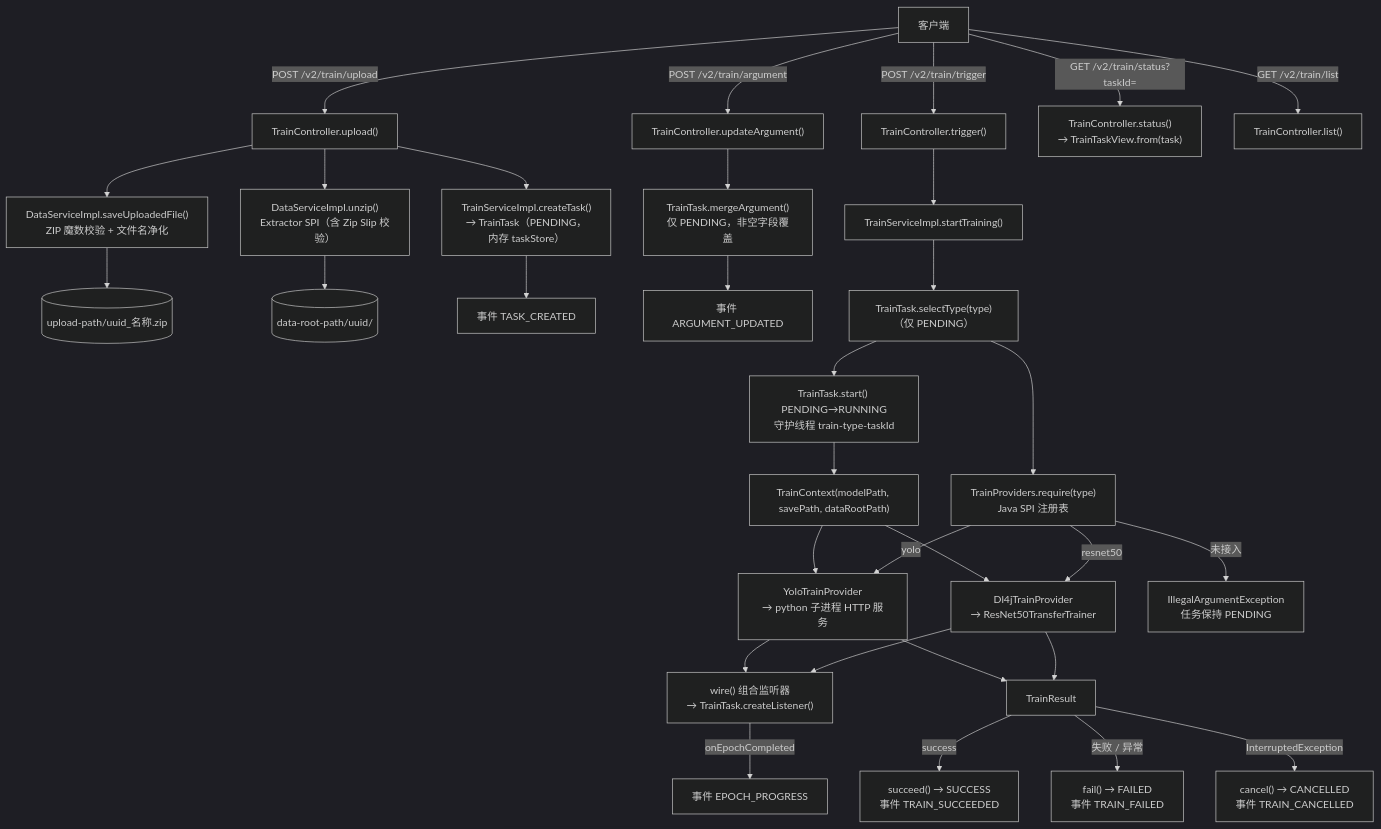
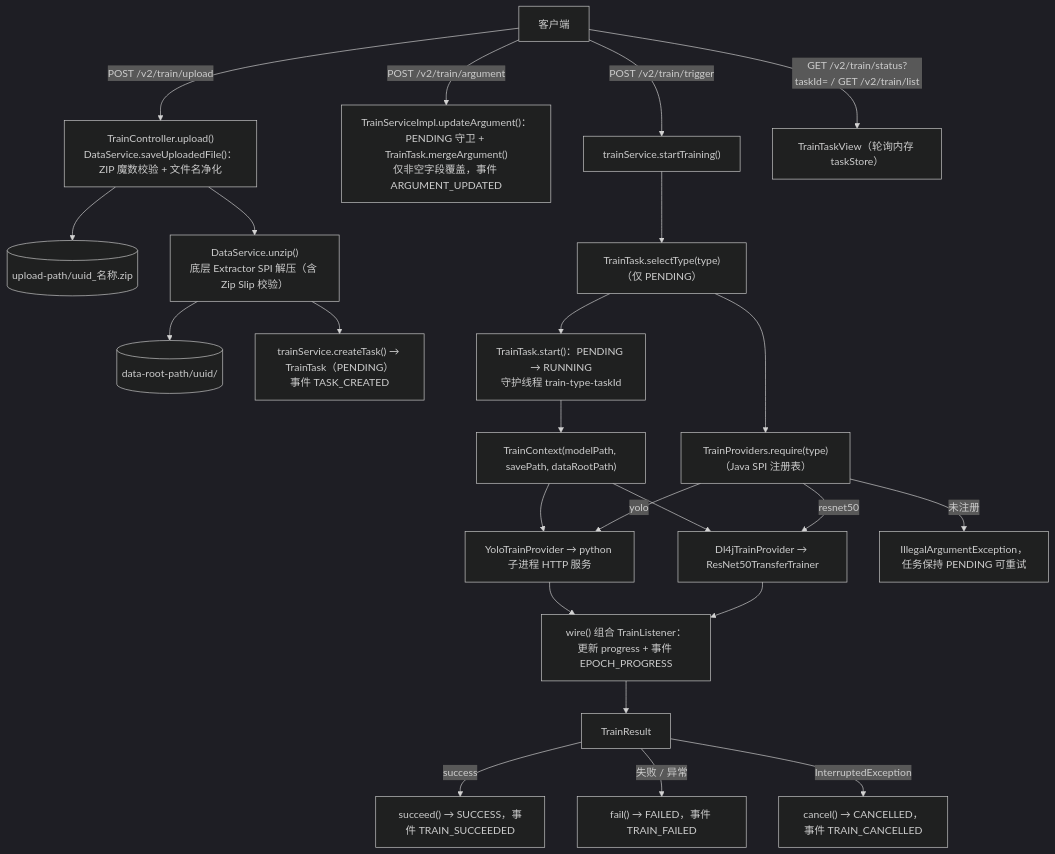
The second of 2 diagrams in spring-support-ai-training-starter/README.md (CHTK001/spring-support-parent-starter), drawn with Mermaid (dark theme) before and after one commit. The commit also changed other lines of this file and 54 other files, not shown here.

````diff
--- a/spring-support-ai-training-starter/README.md
+++ b/spring-support-ai-training-starter/README.md
@@ -65,37 +44,26 @@
 ```mermaid
 flowchart TB
-    CLI["客户端"] -->|"POST /v2/train/upload"| C1["TrainController.upload()"]
-    C1 --> D1["DataServiceImpl.saveUploadedFile()<br/>ZIP 魔数校验 + 文件名净化"]
-    D1 --> Z[("upload-path/uuid_名称.zip")]
-    C1 --> D2["DataServiceImpl.unzip()<br/>Extractor SPI（含 Zip Slip 校验）"]
-    D2 --> R[("data-root-path/uuid/")]
-    C1 --> T1["TrainServiceImpl.createTask()<br/>→ TrainTask（PENDING，内存 taskStore）"]
-    T1 --> E1["事件 TASK_CREATED"]
-
-    CLI -->|"POST /v2/train/argument"| C2["TrainController.updateArgument()"]
-    C2 --> T2["TrainTask.mergeArgument()<br/>仅 PENDING，非空字段覆盖"]
-    T2 --> E2["事件 ARGUMENT_UPDATED"]
-
-    CLI -->|"POST /v2/train/trigger"| C3["TrainController.trigger()"]
-    C3 --> T3["TrainServiceImpl.startTraining()"]
-    T3 --> S1["TrainTask.selectType(type)（仅 PENDING）"]
-    S1 --> S2["TrainProviders.require(type)<br/>Java SPI 注册表"]
-    S2 -->|"resnet50"| P1["Dl4jTrainProvider<br/>→ ResNet50TransferTrainer"]
-    S2 -->|"yolo"| P2["YoloTrainProvider<br/>→ python 子进程 HTTP 服务"]
-    S2 -->|"未接入"| ERR["IllegalArgumentException<br/>任务保持 PENDING"]
-    S1 --> S3["TrainTask.start() PENDING→RUNNING<br/>守护线程 train-type-taskId"]
-    S3 --> CTX["TrainContext(modelPath, savePath, dataRootPath)"]
+    CLI["客户端"] -->|"POST /v2/train/upload"| UP["TrainController.upload()<br/>DataService.saveUploadedFile()：ZIP 魔数校验 + 文件名净化"]
+    UP --> ZIP[("upload-path/uuid_名称.zip")]
+    UP --> UZ["DataService.unzip()<br/>底层 Extractor SPI 解压（含 Zip Slip 校验）"]
+    UZ --> DATA[("data-root-path/uuid/")]
+    UZ --> CT["trainService.createTask() → TrainTask（PENDING）<br/>事件 TASK_CREATED"]
+    CLI -->|"POST /v2/train/argument"| ARG["TrainServiceImpl.updateArgument()：PENDING 守卫 + TrainTask.mergeArgument()<br/>仅非空字段覆盖，事件 ARGUMENT_UPDATED"]
+    CLI -->|"POST /v2/train/trigger"| TRG["trainService.startTraining()"]
+    TRG --> SEL["TrainTask.selectType(type)（仅 PENDING）"]
+    SEL --> REQ["TrainProviders.require(type)（Java SPI 注册表）"]
+    REQ -->|"resnet50"| P1["Dl4jTrainProvider → ResNet50TransferTrainer"]
+    REQ -->|"yolo"| P2["YoloTrainProvider → python 子进程 HTTP 服务"]
+    REQ -->|"未注册"| ERR["IllegalArgumentException，任务保持 PENDING 可重试"]
+    SEL --> START["TrainTask.start()：PENDING → RUNNING<br/>守护线程 train-type-taskId"]
+    START --> CTX["TrainContext(modelPath, savePath, dataRootPath)"]
     CTX --> P1
     CTX --> P2
-    P1 --> L["wire() 组合监听器<br/>→ TrainTask.createListener()"]
-    P2 --> L
-    L -->|"onEpochCompleted"| EV["事件 EPOCH_PROGRESS"]
-    P1 --> RES["TrainResult"]
-    P2 --> RES
-    RES -->|"success"| OK["succeed() → SUCCESS<br/>事件 TRAIN_SUCCEEDED"]
-    RES -->|"失败 / 异常"| BAD["fail() → FAILED<br/>事件 TRAIN_FAILED"]
-    RES -->|"InterruptedException"| CAN["cancel() → CANCELLED<br/>事件 TRAIN_CANCELLED"]
-
-    CLI -->|"GET /v2/train/status?taskId="| C4["TrainController.status()<br/>→ TrainTaskView.from(task)"]
-    CLI -->|"GET /v2/train/list"| C5["TrainController.list()"]
+    P1 --> LSN["wire() 组合 TrainListener：更新 progress + 事件 EPOCH_PROGRESS"]
+    P2 --> LSN
+    LSN --> RES["TrainResult"]
+    RES -->|"success"| OK["succeed() → SUCCESS，事件 TRAIN_SUCCEEDED"]
+    RES -->|"失败 / 异常"| BAD["fail() → FAILED，事件 TRAIN_FAILED"]
+    RES -->|"InterruptedException"| CAN["cancel() → CANCELLED，事件 TRAIN_CANCELLED"]
+    CLI -->|"GET /v2/train/status?taskId= / GET /v2/train/list"| Q["TrainTaskView（轮询内存 taskStore）"]
 ```
````
